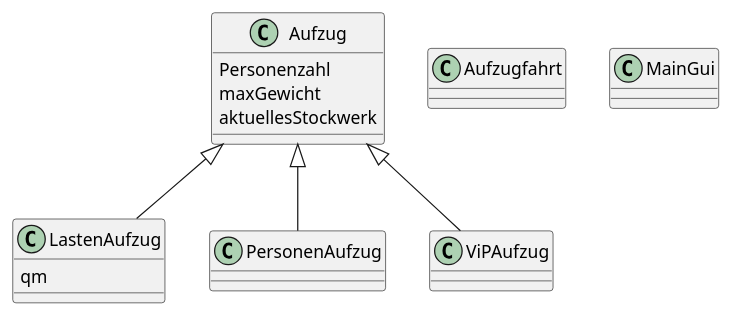
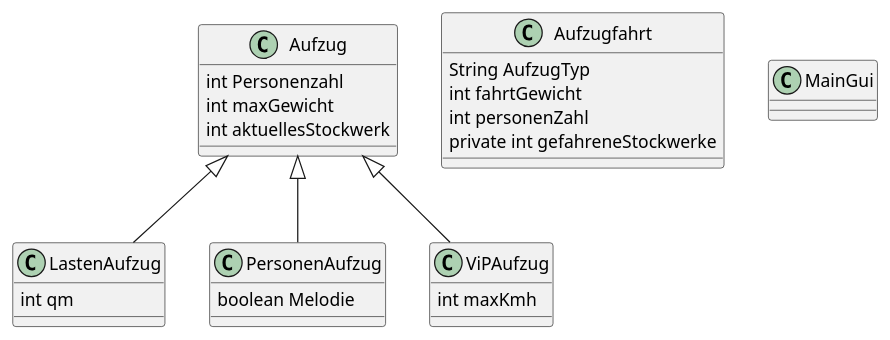
One commit to so3nksen/Elevator-Controller changed the diagram in doc/classes.puml. Above: the diagram before and after it, drawn with PlantUML.

```diff
--- a/doc/classes.puml
+++ b/doc/classes.puml
@@ -1,21 +1,30 @@
 @startuml
 'https://plantuml.com/class-diagram
 
 class Aufzug
 class Aufzugfahrt
 class LastenAufzug
 class MainGui
 class PersonenAufzug
 class ViPAufzug
 
 Aufzug <|-- LastenAufzug
 Aufzug <|-- PersonenAufzug
 Aufzug <|-- ViPAufzug
 
-Aufzug : Personenzahl
-Aufzug : maxGewicht
-Aufzug : aktuellesStockwerk
+Aufzug : int Personenzahl
+Aufzug : int maxGewicht
+Aufzug : int aktuellesStockwerk
 
-LastenAufzug : qm
+LastenAufzug : int qm
+
+PersonenAufzug : boolean Melodie
+
+ViPAufzug : int maxKmh
+
+Aufzugfahrt : String AufzugTyp
+Aufzugfahrt : int fahrtGewicht
+Aufzugfahrt : int personenZahl
+Aufzugfahrt : private int gefahreneStockwerke
 
 @enduml
```
